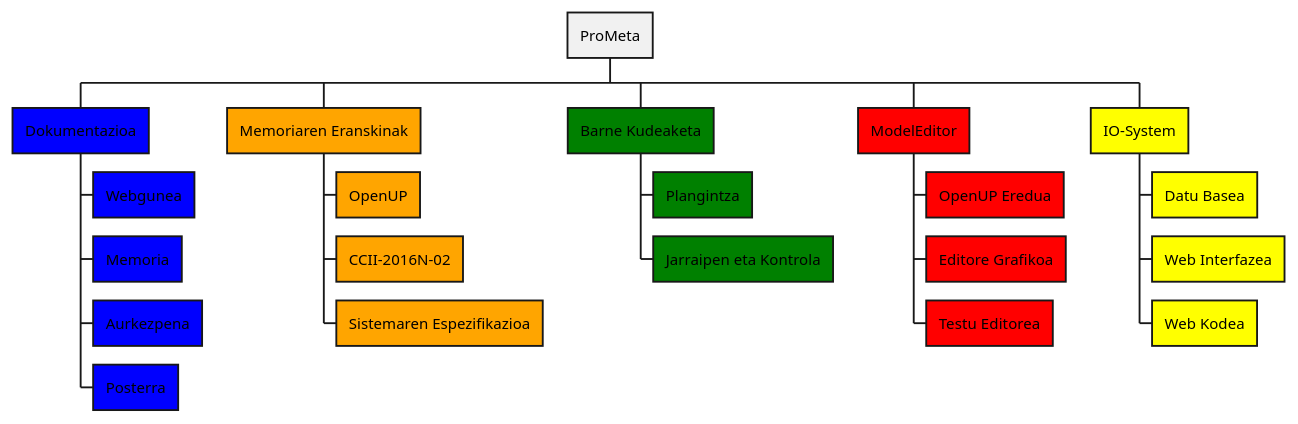
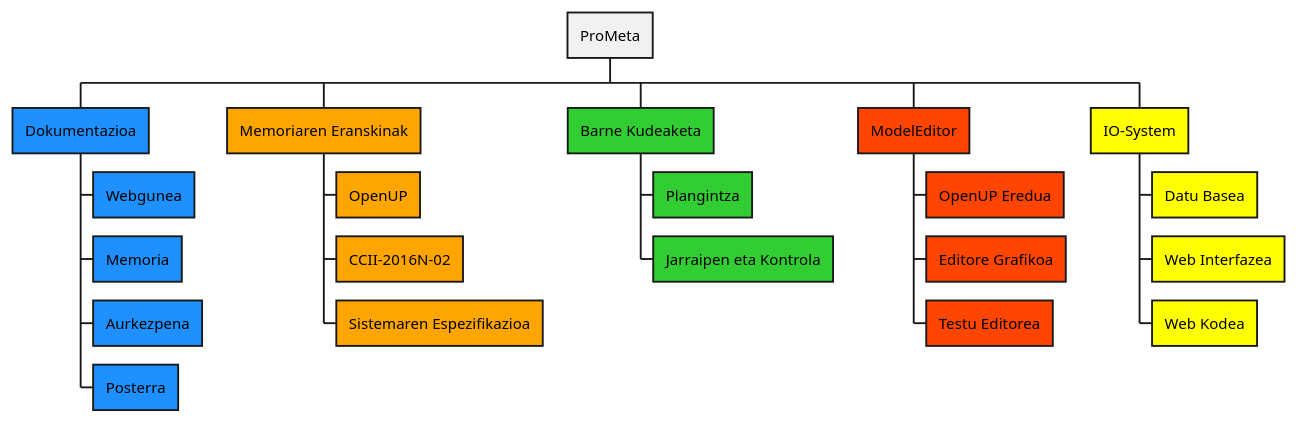
Before and after one commit to juletx/ProMeta: the diagram in Proiektua/Memoriaren Eranskinak/A3 - Tamaina eta Esfortzu Estimazioa/LDE.puml, drawn with PlantUML. The commit also changed 5 other files, not shown here.

Commit message:
Diagramen koloreak aldatu

```diff
--- a/Proiektua/Memoriaren Eranskinak/A3 - Tamaina eta Esfortzu Estimazioa/LDE.puml
+++ b/Proiektua/Memoriaren Eranskinak/A3 - Tamaina eta Esfortzu Estimazioa/LDE.puml
@@ -1,23 +1,23 @@
 @startwbs LDE
 * ProMeta
-**[#blue] Dokumentazioa
-***[#blue] Webgunea
-***[#blue] Memoria
-***[#blue] Aurkezpena
-***[#blue] Posterra
+**[#DodgerBlue] Dokumentazioa
+***[#DodgerBlue] Webgunea
+***[#DodgerBlue] Memoria
+***[#DodgerBlue] Aurkezpena
+***[#DodgerBlue] Posterra
 **[#orange] Memoriaren Eranskinak
 ***[#orange] OpenUP
 ***[#orange] CCII-2016N-02
 ***[#orange] Sistemaren Espezifikazioa
-**[#green] Barne Kudeaketa
-***[#green] Plangintza
-***[#green] Jarraipen eta Kontrola
-**[#red] ModelEditor
-***[#red] OpenUP Eredua
-***[#red] Editore Grafikoa
-***[#red] Testu Editorea
+**[#LimeGreen] Barne Kudeaketa
+***[#LimeGreen] Plangintza
+***[#LimeGreen] Jarraipen eta Kontrola
+**[#OrangeRed] ModelEditor
+***[#OrangeRed] OpenUP Eredua
+***[#OrangeRed] Editore Grafikoa
+***[#OrangeRed] Testu Editorea
 **[#yellow] IO-System
 ***[#yellow] Datu Basea
 ***[#yellow] Web Interfazea
 ***[#yellow] Web Kodea
 @endwbs
```
